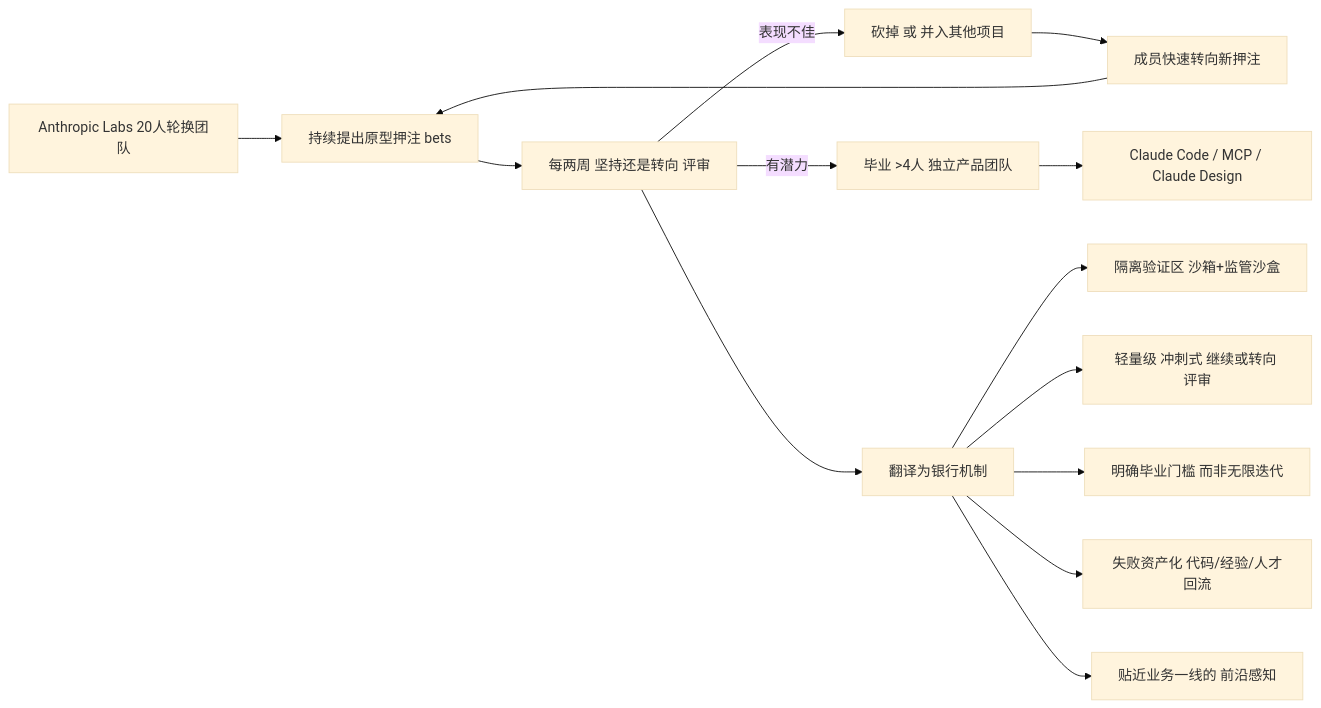
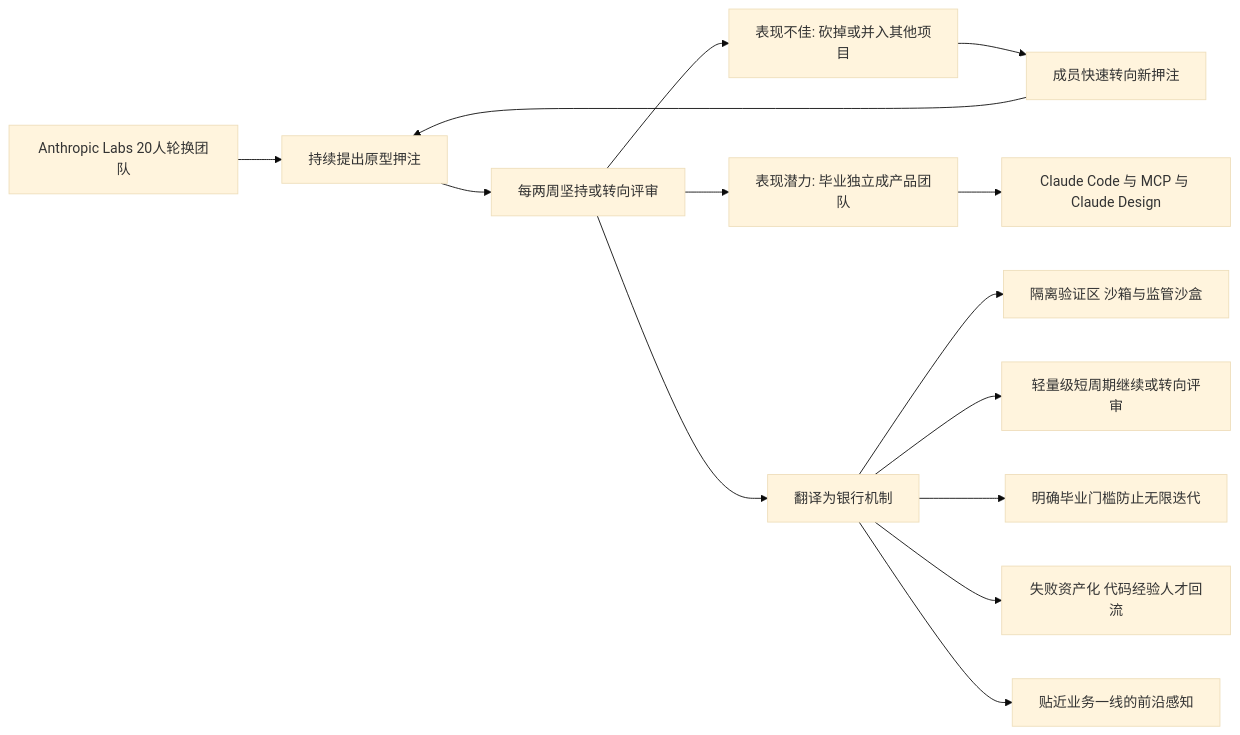
Before and after one commit to kingbuildneworld-coder/chaos-for-agent: the diagram in articles/anthropic-labs-rapid-kill-rate-banking-tech.md, drawn with Mermaid (base theme). The commit also changed other lines of this file, not shown here.

Commit message:
fix mermaid syntax for anthropic-labs-rapid-kill-rate-banking-tech

````diff
--- a/articles/anthropic-labs-rapid-kill-rate-banking-tech.md
+++ b/articles/anthropic-labs-rapid-kill-rate-banking-tech.md
@@ -34,16 +31,16 @@
 ```mermaid
 graph LR
-    A[Anthropic Labs 20人轮换团队] --> B[持续提出原型押注 bets]
-    B --> C[每两周 坚持还是转向 评审]
-    C -->|表现不佳| D[砍掉 或 并入其他项目]
-    C -->|有潜力| E[毕业 >4人 独立产品团队]
-    E --> F[Claude Code / MCP / Claude Design]
+    A[Anthropic Labs 20人轮换团队] --> B[持续提出原型押注]
+    B --> C[每两周坚持或转向评审]
+    C --> D[表现不佳: 砍掉或并入其他项目]
+    C --> E[表现潜力: 毕业独立成产品团队]
+    E --> F[Claude Code 与 MCP 与 Claude Design]
     D --> G[成员快速转向新押注]
     G --> B
     C --> H[翻译为银行机制]
-    H --> H1[隔离验证区 沙箱+监管沙盒]
-    H --> H2[轻量级 冲刺式 继续或转向 评审]
-    H --> H3[明确毕业门槛 而非无限迭代]
-    H --> H4[失败资产化 代码/经验/人才回流]
-    H --> H5[贴近业务一线的 前沿感知]
+    H --> H1[隔离验证区 沙箱与监管沙盒]
+    H --> H2[轻量级短周期继续或转向评审]
+    H --> H3[明确毕业门槛防止无限迭代]
+    H --> H4[失败资产化 代码经验人才回流]
+    H --> H5[贴近业务一线的前沿感知]
 ```
````
